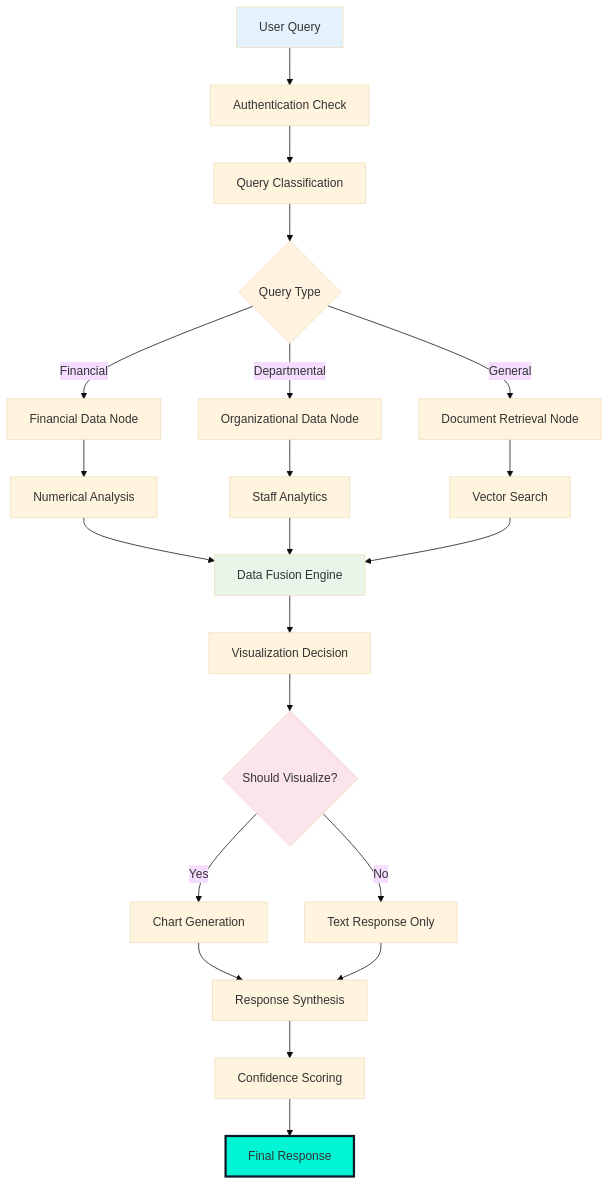
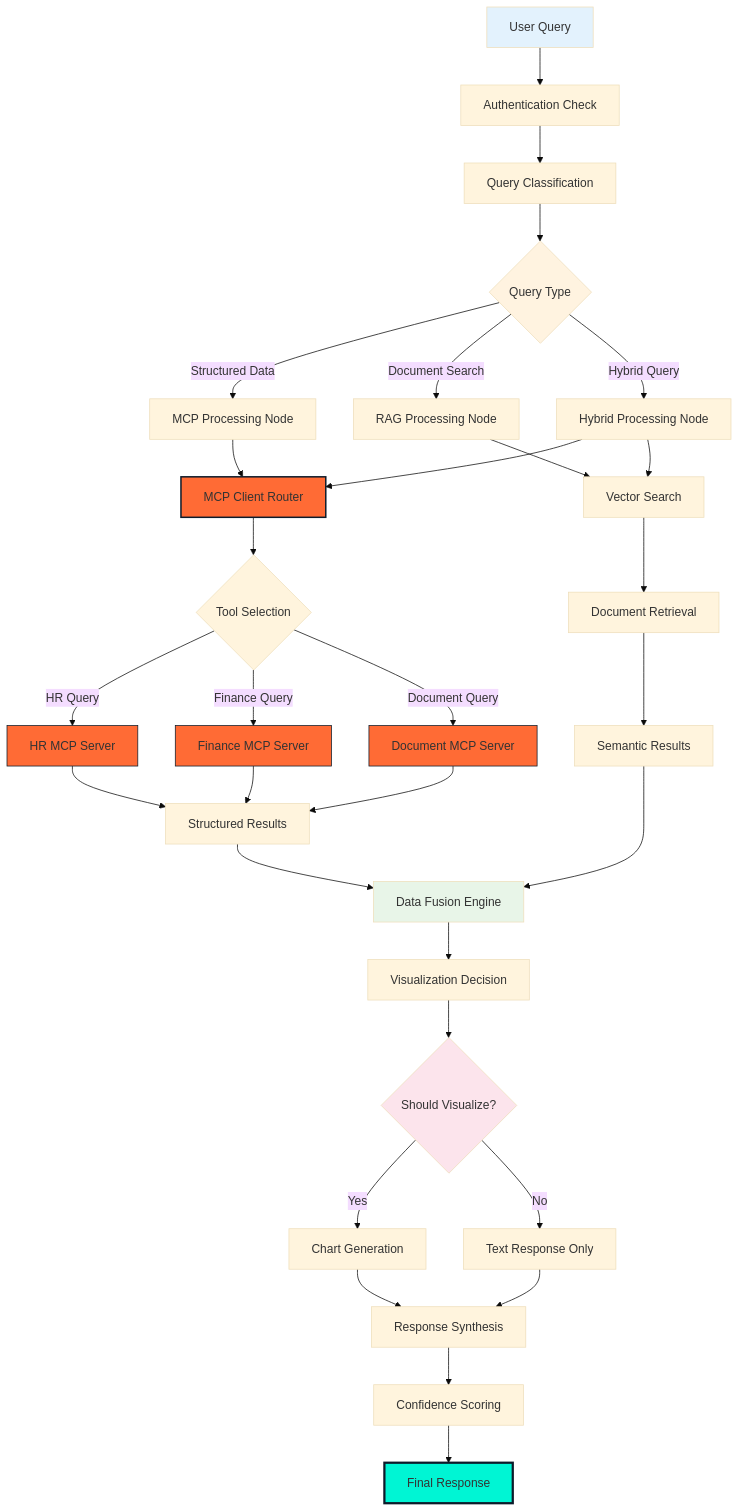
The second of 4 diagrams in README.md (erickyegon/finsolve-rag-rbac-assistant), drawn with Mermaid (base theme) before and after one commit. The commit also changed other lines of this file and 28 other files, not shown here.

````diff
--- a/README.md
+++ b/README.md
@@ -227,36 +331,52 @@
 ```mermaid
 graph TD
     A[User Query] --> B[Authentication Check]
     B --> C[Query Classification]
     C --> D{Query Type}
 
-    D -->|Financial| E[Financial Data Node]
-    D -->|Departmental| F[Organizational Data Node]
-    D -->|General| G[Document Retrieval Node]
+    D -->|Structured Data| E[MCP Processing Node]
+    D -->|Document Search| F[RAG Processing Node]
+    D -->|Hybrid Query| G[Hybrid Processing Node]
 
-    E --> H[Numerical Analysis]
-    F --> I[Staff Analytics]
-    G --> J[Vector Search]
+    E --> E1[MCP Client Router]
+    E1 --> E2{Tool Selection}
+    E2 -->|HR Query| E3[HR MCP Server]
+    E2 -->|Finance Query| E4[Finance MCP Server]
+    E2 -->|Document Query| E5[Document MCP Server]
 
-    H --> K[Data Fusion Engine]
-    I --> K
-    J --> K
+    F --> F1[Vector Search]
+    F1 --> F2[Document Retrieval]
 
-    K --> L[Visualization Decision]
-    L --> M{Should Visualize?}
+    G --> E1
+    G --> F1
 
-    M -->|Yes| N[Chart Generation]
-    M -->|No| O[Text Response Only]
+    E3 --> H[Structured Results]
+    E4 --> H
+    E5 --> H
+    F2 --> I[Semantic Results]
 
-    N --> P[Response Synthesis]
-    O --> P
+    H --> J[Data Fusion Engine]
+    I --> J
 
-    P --> Q[Confidence Scoring]
-    Q --> R[Final Response]
+    J --> K[Visualization Decision]
+    K --> L{Should Visualize?}
+
+    L -->|Yes| M[Chart Generation]
+    L -->|No| N[Text Response Only]
+
+    M --> O[Response Synthesis]
+    N --> O
+
+    O --> P[Confidence Scoring]
+    P --> Q[Final Response]
 
     style A fill:#E3F2FD
     style D fill:#FFF3E0
-    style K fill:#E8F5E8
-    style M fill:#FCE4EC
-    style R fill:#00F5D4,stroke:#0D1B2A,stroke-width:3px
+    style E1 fill:#FF6B35,stroke:#0D1B2A,stroke-width:2px
+    style E3 fill:#FF6B35,stroke:#0D1B2A,stroke-width:1px
+    style E4 fill:#FF6B35,stroke:#0D1B2A,stroke-width:1px
+    style E5 fill:#FF6B35,stroke:#0D1B2A,stroke-width:1px
+    style J fill:#E8F5E8
+    style L fill:#FCE4EC
+    style Q fill:#00F5D4,stroke:#0D1B2A,stroke-width:3px
 ```
````
